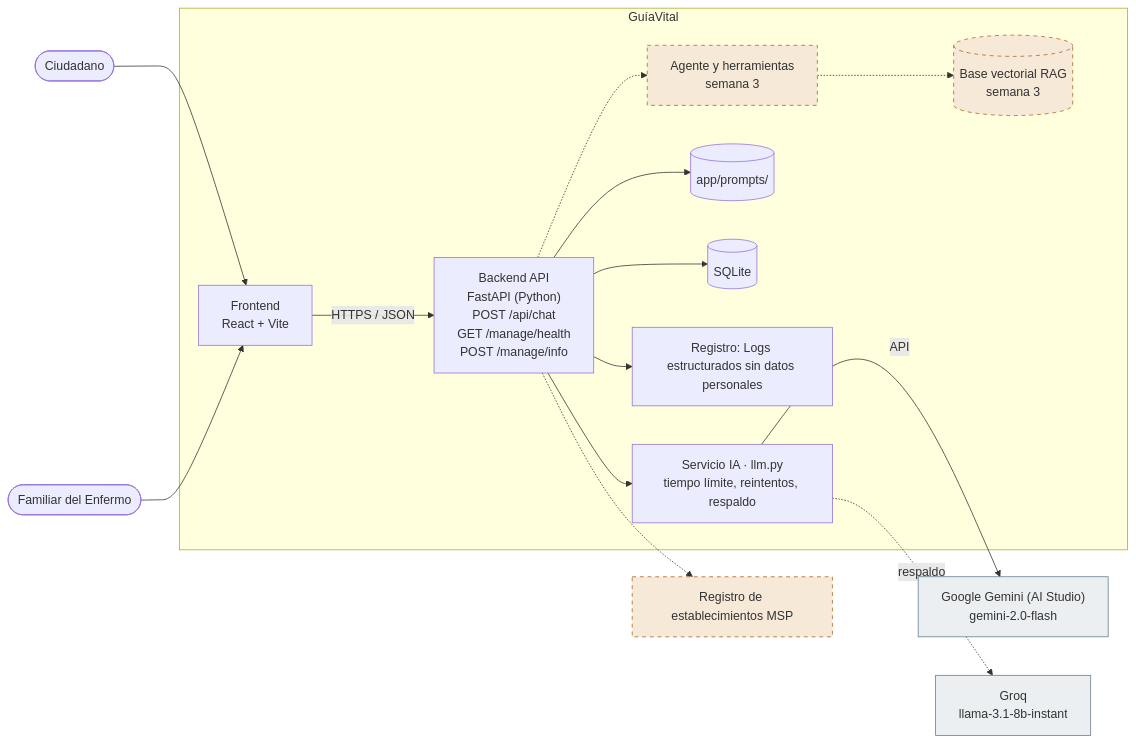
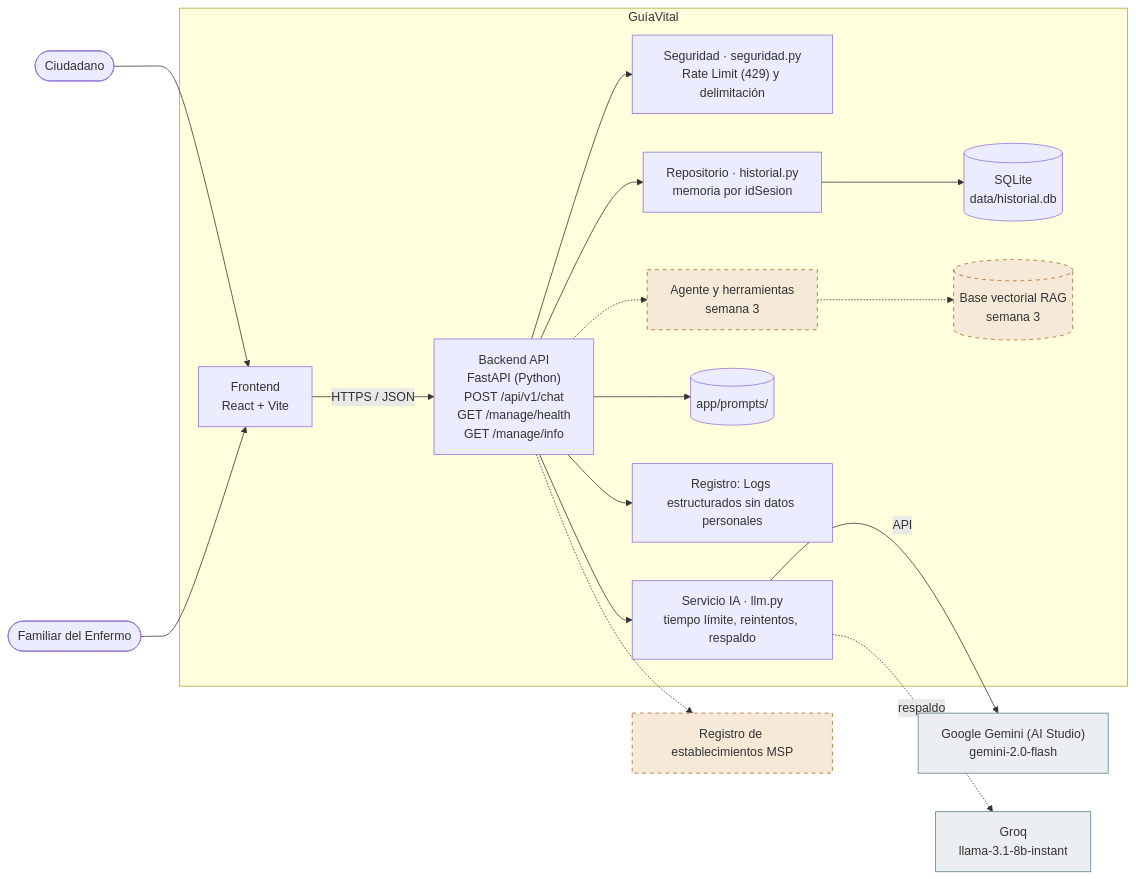
Before and after one commit to UNIPI6TO/PROY_GRADUACION_ASISTENTE_MEDICO_APP: the second of 3 diagrams in docs/03-arquitectura.md, drawn with Mermaid. The commit also changed other lines of this file, not shown here.

First line of the commit message:
docs: (arquitectura) detallar backend y pruebas

````diff
--- a/docs/03-arquitectura.md
+++ b/docs/03-arquitectura.md
@@ -47,35 +47,39 @@
 ```mermaid
 flowchart LR
   U0(["Ciudadano"])
   U1(["Familiar del Enfermo"])
   subgraph SYS["GuíaVital"]
     FE["Frontend<br/>React + Vite"]
-    BE["Backend API<br/>FastAPI (Python)<br/>POST /api/chat<br/>GET /manage/health<br/>POST /manage/info"]
+    BE["Backend API<br/>FastAPI (Python)<br/>POST /api/v1/chat<br/>GET /manage/health<br/>GET /manage/info"]
+    SEC["Seguridad · seguridad.py<br/>Rate Limit (429) y delimitación"]
     LLM["Servicio IA · llm.py<br/>tiempo límite, reintentos, respaldo"]
+    REPO["Repositorio · historial.py<br/>memoria por idSesion"]
     PR[("app/prompts/")]
-    DB[("SQLite")]
+    DB[("SQLite<br/>data/historial.db")]
     OB["Registro: Logs estructurados sin datos personales"]
     VEC[("Base vectorial RAG<br/>semana 3")]
     AG["Agente y herramientas<br/>semana 3"]
   end
   P1["Google Gemini (AI Studio)<br/>gemini-2.0-flash"]
   P2["Groq<br/>llama-3.1-8b-instant"]
   E0["Registro de establecimientos MSP"]
   U0 --> FE
   U1 --> FE
   FE -- "HTTPS / JSON" --> BE
+  BE --> SEC
   BE --> LLM
+  BE --> REPO
+  REPO --> DB
   LLM -- API --> P1
   LLM -. respaldo .-> P2
   BE --> PR
-  BE --> DB
   BE --> OB
   BE -.-> AG
   AG -.-> VEC
   BE -.-> E0
   classDef fut fill:#f6e9d8,stroke:#a8641a,stroke-dasharray:5 5
   classDef ext fill:#eceff1,stroke:#607d8b
   class VEC,AG fut
   class P1,P2 ext
   class E0 fut
 ```
````
